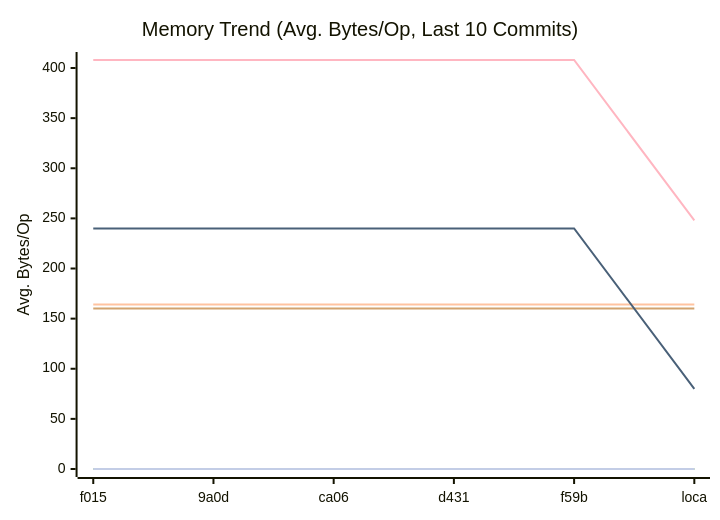
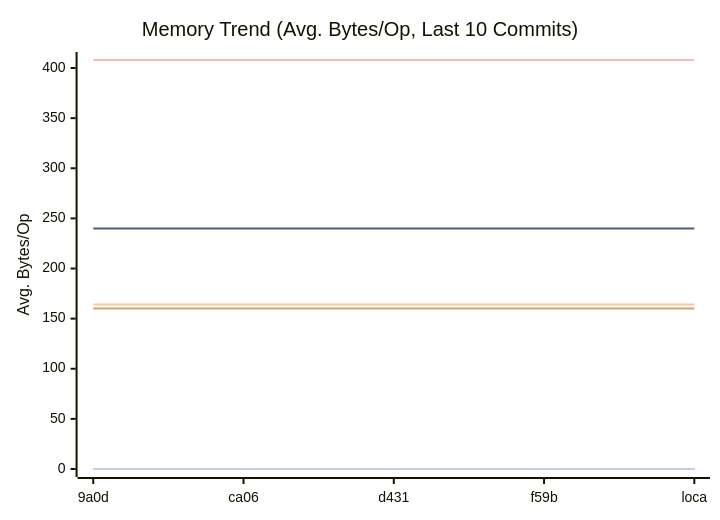
The second of 3 diagrams in docs/PERFORMANCE.md (alsotoes/momo), drawn with Mermaid before and after one commit. The commit also changed other lines of this file and 2 other files, not shown here.

````diff
--- a/docs/PERFORMANCE.md
+++ b/docs/PERFORMANCE.md
@@ -97,16 +97,16 @@
 ```mermaid
 xychart-beta
     title "Memory Trend (Avg. Bytes/Op, Last 10 Commits)"
     x-axis "Commit"
     y-axis "Avg. Bytes/Op"
-    x-axis [f015,9a0d,ca06,d431,f59b,loca]
+    x-axis [9a0d,ca06,d431,f59b,loca]
     line "CheckMetricsAndSwap" [0,0,0,0,0,0,0,0,0,0]
     line "CrushOptimized" [0,0,0,0,0,0,0,0,0,0]
     line "CrushOriginal" [164,164,164,164,164,164,164,164,164,164]
     line "IndexDirectTracking" [0,0,0,0,0,0,0,0,0,0]
     line "IndexSearch" [0,0,0,0,0,0,0,0,0,0]
     line "LoadGlobalConfig" [160,160,160,160,160,160,160,160,160,160]
     line "PadString" [0,0,0,0,0,0,0,0,0,0]
     line "ParseReplicationOrder_NoPrealloc" [408,408,408,408,408,248,248,248,248,248]
     line "ParseReplicationOrder_Prealloc" [240,240,240,240,240,80,80,80,80,80]
 ```
````
